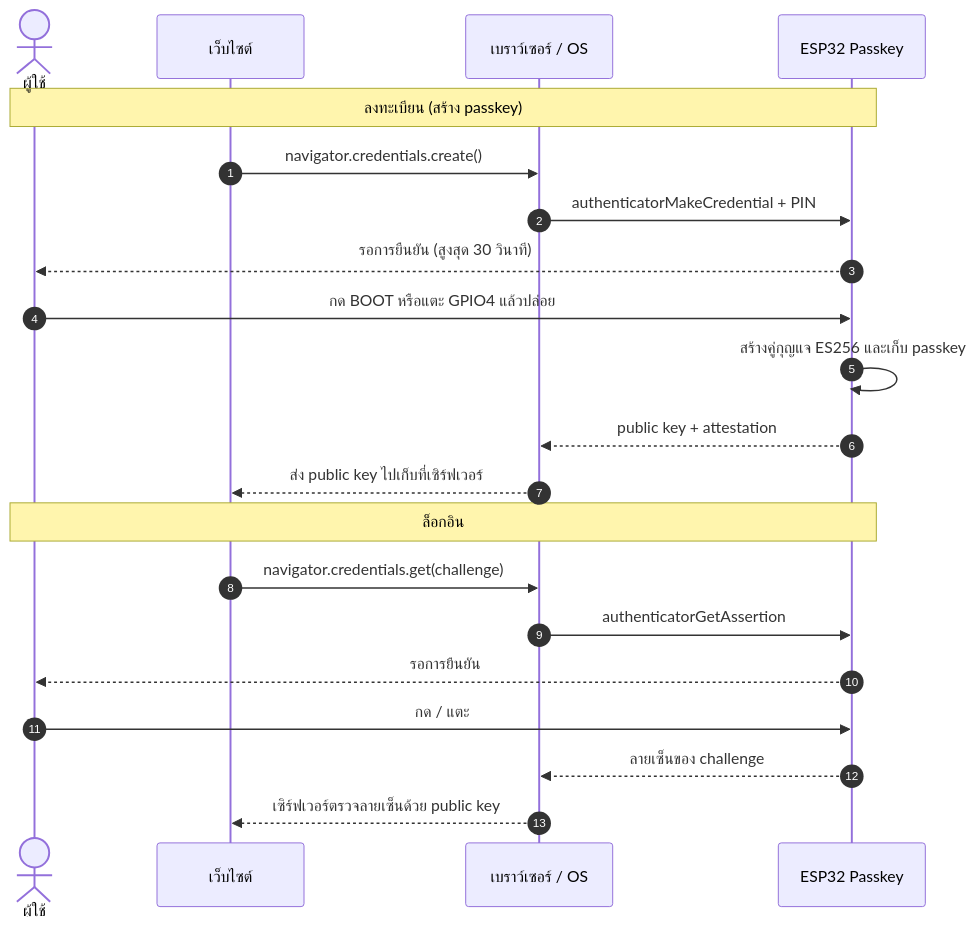
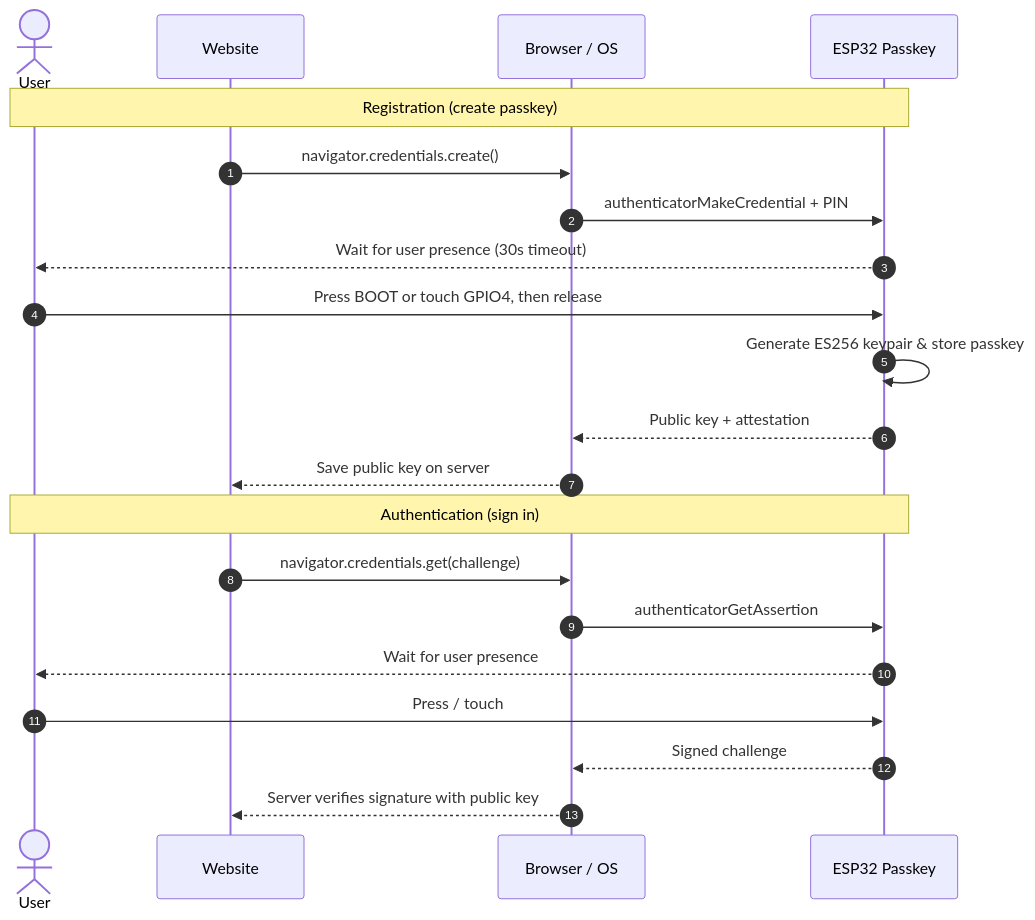
Before and after one commit to ffe111/esp32-passkey: the second of 4 diagrams in README.md, drawn with Mermaid. The commit also changed other lines of this file and 1 other file, not shown here.

````diff
--- a/README.md
+++ b/README.md
@@ -68,25 +78,25 @@
 ```mermaid
 sequenceDiagram
     autonumber
-    actor U as ผู้ใช้
-    participant W as เว็บไซต์
-    participant B as เบราว์เซอร์ / OS
+    actor U as User
+    participant W as Website
+    participant B as Browser / OS
     participant K as ESP32 Passkey
 
-    Note over U,K: ลงทะเบียน (สร้าง passkey)
+    Note over U,K: Registration (create passkey)
     W->>B: navigator.credentials.create()
     B->>K: authenticatorMakeCredential + PIN
-    K-->>U: รอการยืนยัน (สูงสุด 30 วินาที)
-    U->>K: กด BOOT หรือแตะ GPIO4 แล้วปล่อย
-    K->>K: สร้างคู่กุญแจ ES256 และเก็บ passkey
-    K-->>B: public key + attestation
-    B-->>W: ส่ง public key ไปเก็บที่เซิร์ฟเวอร์
+    K-->>U: Wait for user presence (30s timeout)
+    U->>K: Press BOOT or touch GPIO4, then release
+    K->>K: Generate ES256 keypair & store passkey
+    K-->>B: Public key + attestation
+    B-->>W: Save public key on server
 
-    Note over U,K: ล็อกอิน
+    Note over U,K: Authentication (sign in)
     W->>B: navigator.credentials.get(challenge)
     B->>K: authenticatorGetAssertion
-    K-->>U: รอการยืนยัน
-    U->>K: กด / แตะ
-    K-->>B: ลายเซ็นของ challenge
-    B-->>W: เซิร์ฟเวอร์ตรวจลายเซ็นด้วย public key
+    K-->>U: Wait for user presence
+    U->>K: Press / touch
+    K-->>B: Signed challenge
+    B-->>W: Server verifies signature with public key
 ```
````
